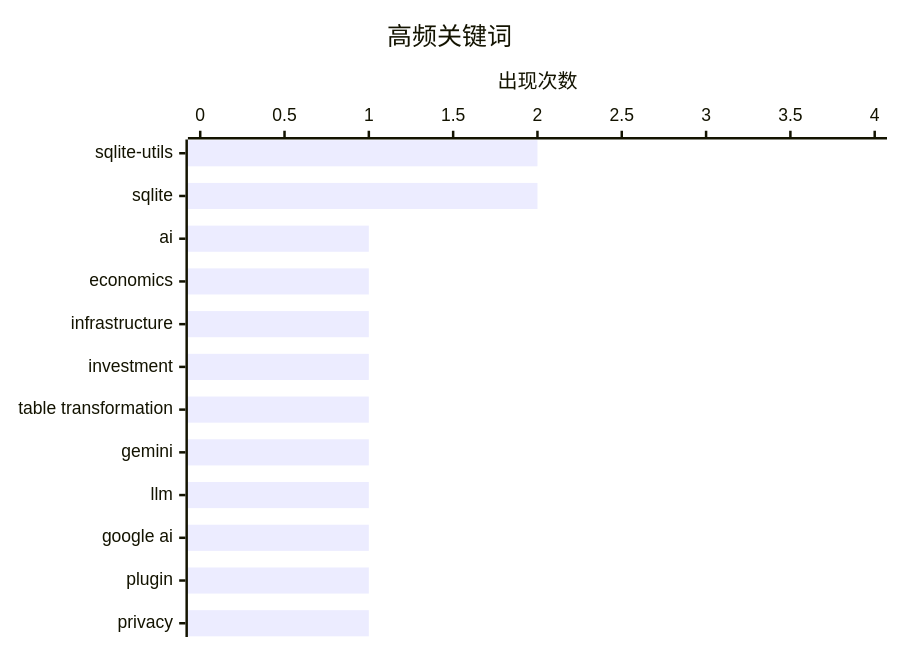
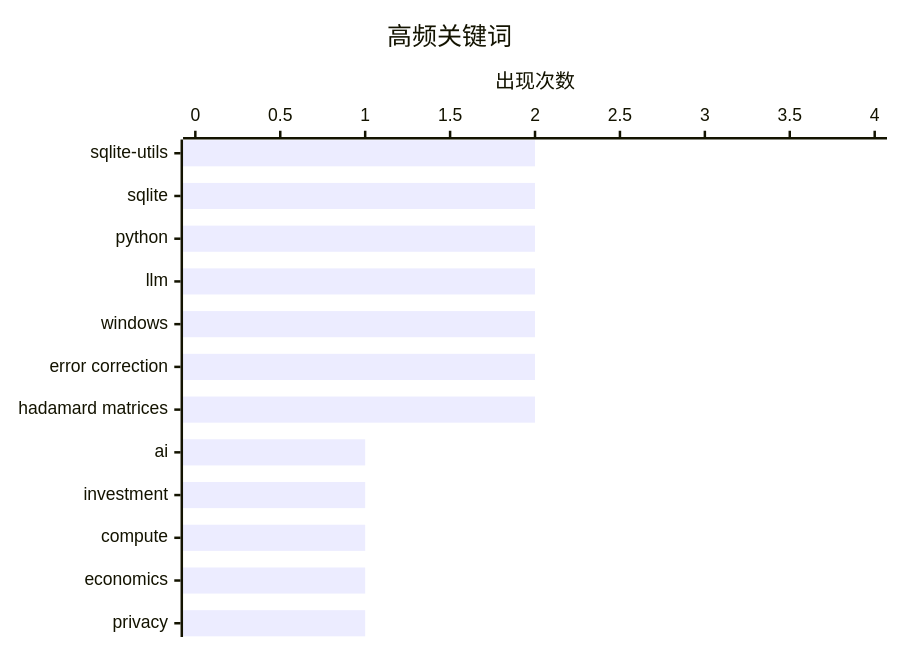
One commit to AlexJJ009/ai-daily-digest-v2 changed the second of 2 diagrams in docs/digest-20260815.md. Above: the diagram before and after it, drawn with Mermaid. The commit also changed other lines of this file and 2 other files, not shown here.

````diff
--- a/docs/digest-20260815.md
+++ b/docs/digest-20260815.md
@@ -66,7 +66,7 @@
 ```mermaid
 xychart-beta horizontal
     title "高频关键词"
-    x-axis ["sqlite-utils", "sqlite", "ai", "economics", "infrastructure", "investment", "table transformation", "gemini", "llm", "google ai", "plugin", "privacy"]
+    x-axis ["sqlite-utils", "sqlite", "python", "llm", "windows", "error correction", "hadamard matrices", "ai", "investment", "compute", "economics", "privacy"]
     y-axis "出现次数" 0 --> 4
-    bar [2, 2, 1, 1, 1, 1, 1, 1, 1, 1, 1, 1]
+    bar [2, 2, 2, 2, 2, 2, 2, 1, 1, 1, 1, 1]
 ```
````
